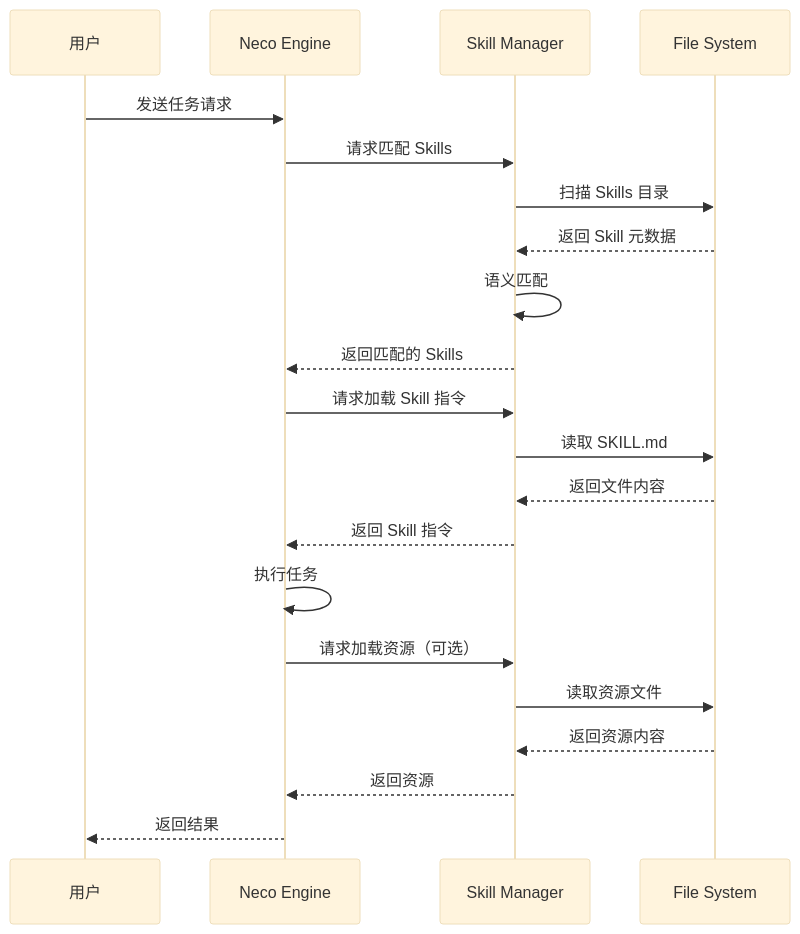
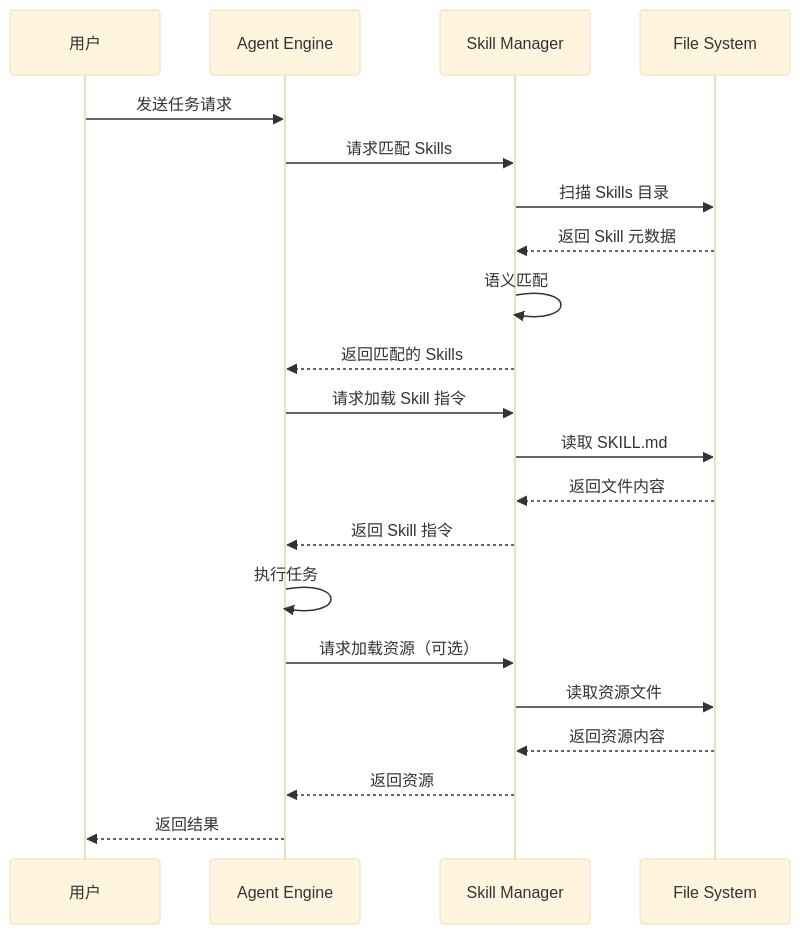
Before and after one commit to MiyakoMeow/neco: the sixth of 8 diagrams in progress/external-agentskills.md, drawn with Mermaid (base theme). The commit also changed other lines of this file and 7 other files, not shown here.

````diff
--- a/progress/external-agentskills.md
+++ b/progress/external-agentskills.md
@@ -1790,24 +1054,24 @@
 ```mermaid
 sequenceDiagram
     participant U as 用户
-    participant NE as Neco Engine
+    participant AE as Agent Engine
     participant SM as Skill Manager
     participant FS as File System
     
-    U->>NE: 发送任务请求
-    NE->>SM: 请求匹配 Skills
+    U->>AE: 发送任务请求
+    AE->>SM: 请求匹配 Skills
     SM->>FS: 扫描 Skills 目录
     FS-->>SM: 返回 Skill 元数据
     SM->>SM: 语义匹配
-    SM-->>NE: 返回匹配的 Skills
-    NE->>SM: 请求加载 Skill 指令
+    SM-->>AE: 返回匹配的 Skills
+    AE->>SM: 请求加载 Skill 指令
     SM->>FS: 读取 SKILL.md
     FS-->>SM: 返回文件内容
-    SM-->>NE: 返回 Skill 指令
-    NE->>NE: 执行任务
-    NE->>SM: 请求加载资源（可选）
+    SM-->>AE: 返回 Skill 指令
+    AE->>AE: 执行任务
+    AE->>SM: 请求加载资源（可选）
     SM->>FS: 读取资源文件
     FS-->>SM: 返回资源内容
-    SM-->>NE: 返回资源
-    NE-->>U: 返回结果
+    SM-->>AE: 返回资源
+    AE-->>U: 返回结果
 ```
````
